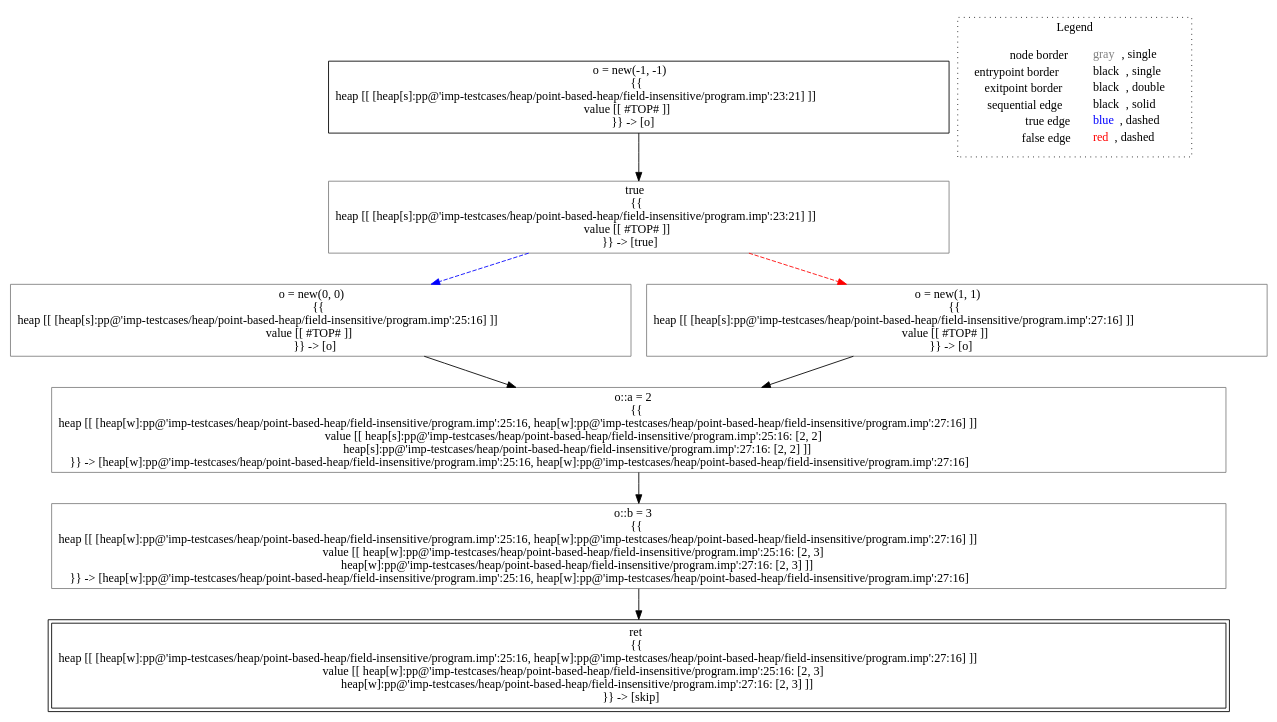
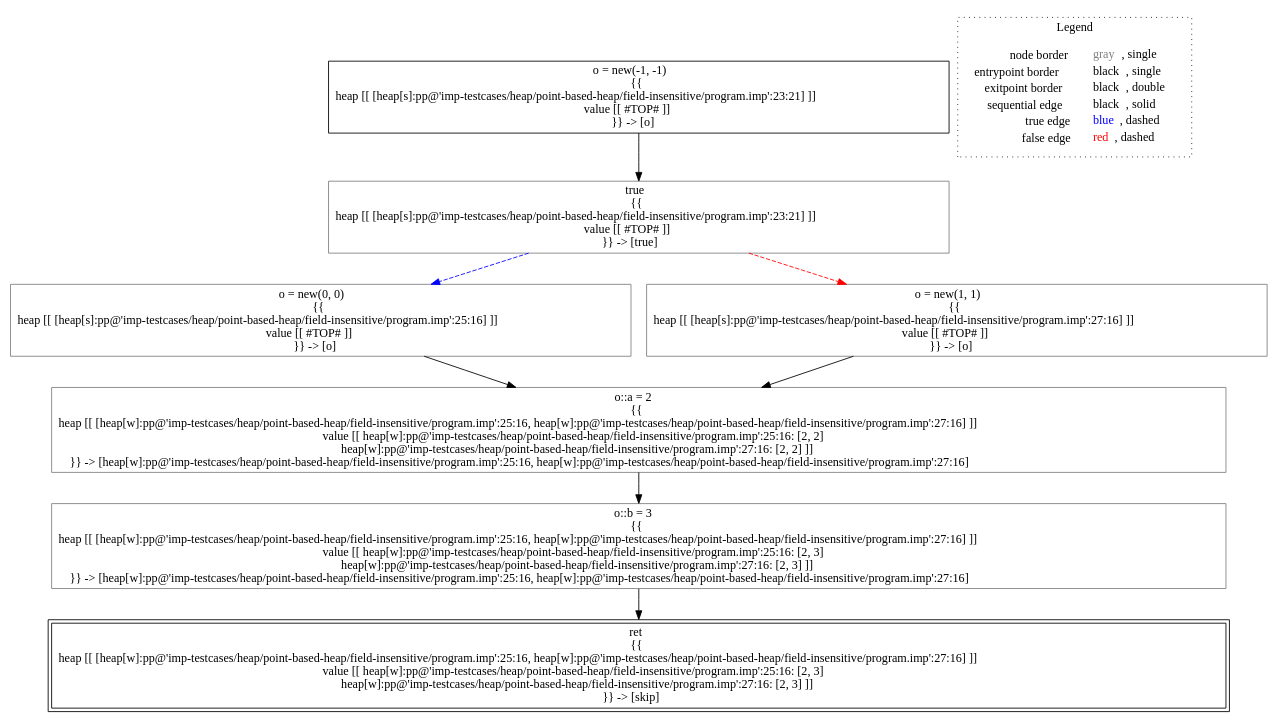
The diagram in lisa/imp-testcases/heap/point-based-heap/field-insensitive/analysis___untyped_A.f3(A_this).dot (lisa-analyzer/lisa), drawn with Graphviz before and after one commit. The commit also changed 29 other files, not shown here.

```diff
--- a/lisa/imp-testcases/heap/point-based-heap/field-insensitive/analysis___untyped_A.f3(A_this).dot
+++ b/lisa/imp-testcases/heap/point-based-heap/field-insensitive/analysis___untyped_A.f3(A_this).dot
@@ -1,23 +1,23 @@
 digraph {
 	"node0" [shape="rect",color="black",label=<o = new(-1, -1)<BR/>{{<BR/>heap [[ [heap[s]:pp@'imp-testcases/heap/point-based-heap/field-insensitive/program.imp':23:21] ]]<BR/>value [[ #TOP# ]]<BR/>}} -&gt; [o]>];
-	"node1" [shape="rect",color="black",peripheries="2",label=<ret<BR/>{{<BR/>heap [[ [heap[w]:pp@'imp-testcases/heap/point-based-heap/field-insensitive/program.imp':25:16, heap[w]:pp@'imp-testcases/heap/point-based-heap/field-insensitive/program.imp':27:16] ]]<BR/>value [[ heap[w]:pp@'imp-testcases/heap/point-based-heap/field-insensitive/program.imp':25:16: [2, 3]<BR/>heap[w]:pp@'imp-testcases/heap/point-based-heap/field-insensitive/program.imp':27:16: [2, 3] ]]<BR/>}} -&gt; [skip]>];
-	"node2" [shape="rect",color="gray",label=<o::a = 2<BR/>{{<BR/>heap [[ [heap[w]:pp@'imp-testcases/heap/point-based-heap/field-insensitive/program.imp':25:16, heap[w]:pp@'imp-testcases/heap/point-based-heap/field-insensitive/program.imp':27:16] ]]<BR/>value [[ heap[s]:pp@'imp-testcases/heap/point-based-heap/field-insensitive/program.imp':25:16: [2, 2]<BR/>heap[s]:pp@'imp-testcases/heap/point-based-heap/field-insensitive/program.imp':27:16: [2, 2] ]]<BR/>}} -&gt; [heap[w]:pp@'imp-testcases/heap/point-based-heap/field-insensitive/program.imp':25:16, heap[w]:pp@'imp-testcases/heap/point-based-heap/field-insensitive/program.imp':27:16]>];
-	"node3" [shape="rect",color="gray",label=<true<BR/>{{<BR/>heap [[ [heap[s]:pp@'imp-testcases/heap/point-based-heap/field-insensitive/program.imp':23:21] ]]<BR/>value [[ #TOP# ]]<BR/>}} -&gt; [true]>];
-	"node4" [shape="rect",color="gray",label=<o = new(0, 0)<BR/>{{<BR/>heap [[ [heap[s]:pp@'imp-testcases/heap/point-based-heap/field-insensitive/program.imp':25:16] ]]<BR/>value [[ #TOP# ]]<BR/>}} -&gt; [o]>];
-	"node5" [shape="rect",color="gray",label=<o = new(1, 1)<BR/>{{<BR/>heap [[ [heap[s]:pp@'imp-testcases/heap/point-based-heap/field-insensitive/program.imp':27:16] ]]<BR/>value [[ #TOP# ]]<BR/>}} -&gt; [o]>];
-	"node6" [shape="rect",color="gray",label=<o::b = 3<BR/>{{<BR/>heap [[ [heap[w]:pp@'imp-testcases/heap/point-based-heap/field-insensitive/program.imp':25:16, heap[w]:pp@'imp-testcases/heap/point-based-heap/field-insensitive/program.imp':27:16] ]]<BR/>value [[ heap[w]:pp@'imp-testcases/heap/point-based-heap/field-insensitive/program.imp':25:16: [2, 3]<BR/>heap[w]:pp@'imp-testcases/heap/point-based-heap/field-insensitive/program.imp':27:16: [2, 3] ]]<BR/>}} -&gt; [heap[w]:pp@'imp-testcases/heap/point-based-heap/field-insensitive/program.imp':25:16, heap[w]:pp@'imp-testcases/heap/point-based-heap/field-insensitive/program.imp':27:16]>];
-	"node2" -> "node6" [color="black"];
-	"node3" -> "node4" [color="blue",style="dashed"];
-	"node3" -> "node5" [color="red",style="dashed"];
-	"node4" -> "node2" [color="black"];
-	"node5" -> "node2" [color="black"];
-	"node0" -> "node3" [color="black"];
-	"node6" -> "node1" [color="black"];
+	"node1" [shape="rect",color="gray",label=<o = new(0, 0)<BR/>{{<BR/>heap [[ [heap[s]:pp@'imp-testcases/heap/point-based-heap/field-insensitive/program.imp':25:16] ]]<BR/>value [[ #TOP# ]]<BR/>}} -&gt; [o]>];
+	"node2" [shape="rect",color="gray",label=<o::a = 2<BR/>{{<BR/>heap [[ [heap[w]:pp@'imp-testcases/heap/point-based-heap/field-insensitive/program.imp':25:16, heap[w]:pp@'imp-testcases/heap/point-based-heap/field-insensitive/program.imp':27:16] ]]<BR/>value [[ heap[w]:pp@'imp-testcases/heap/point-based-heap/field-insensitive/program.imp':25:16: [2, 2]<BR/>heap[w]:pp@'imp-testcases/heap/point-based-heap/field-insensitive/program.imp':27:16: [2, 2] ]]<BR/>}} -&gt; [heap[w]:pp@'imp-testcases/heap/point-based-heap/field-insensitive/program.imp':25:16, heap[w]:pp@'imp-testcases/heap/point-based-heap/field-insensitive/program.imp':27:16]>];
+	"node3" [shape="rect",color="gray",label=<o = new(1, 1)<BR/>{{<BR/>heap [[ [heap[s]:pp@'imp-testcases/heap/point-based-heap/field-insensitive/program.imp':27:16] ]]<BR/>value [[ #TOP# ]]<BR/>}} -&gt; [o]>];
+	"node4" [shape="rect",color="gray",label=<true<BR/>{{<BR/>heap [[ [heap[s]:pp@'imp-testcases/heap/point-based-heap/field-insensitive/program.imp':23:21] ]]<BR/>value [[ #TOP# ]]<BR/>}} -&gt; [true]>];
+	"node5" [shape="rect",color="gray",label=<o::b = 3<BR/>{{<BR/>heap [[ [heap[w]:pp@'imp-testcases/heap/point-based-heap/field-insensitive/program.imp':25:16, heap[w]:pp@'imp-testcases/heap/point-based-heap/field-insensitive/program.imp':27:16] ]]<BR/>value [[ heap[w]:pp@'imp-testcases/heap/point-based-heap/field-insensitive/program.imp':25:16: [2, 3]<BR/>heap[w]:pp@'imp-testcases/heap/point-based-heap/field-insensitive/program.imp':27:16: [2, 3] ]]<BR/>}} -&gt; [heap[w]:pp@'imp-testcases/heap/point-based-heap/field-insensitive/program.imp':25:16, heap[w]:pp@'imp-testcases/heap/point-based-heap/field-insensitive/program.imp':27:16]>];
+	"node6" [shape="rect",color="black",peripheries="2",label=<ret<BR/>{{<BR/>heap [[ [heap[w]:pp@'imp-testcases/heap/point-based-heap/field-insensitive/program.imp':25:16, heap[w]:pp@'imp-testcases/heap/point-based-heap/field-insensitive/program.imp':27:16] ]]<BR/>value [[ heap[w]:pp@'imp-testcases/heap/point-based-heap/field-insensitive/program.imp':25:16: [2, 3]<BR/>heap[w]:pp@'imp-testcases/heap/point-based-heap/field-insensitive/program.imp':27:16: [2, 3] ]]<BR/>}} -&gt; [skip]>];
+	"node1" -> "node2" [color="black"];
+	"node2" -> "node5" [color="black"];
+	"node3" -> "node2" [color="black"];
+	"node4" -> "node1" [color="blue",style="dashed"];
+	"node4" -> "node3" [color="red",style="dashed"];
+	"node5" -> "node6" [color="black"];
+	"node0" -> "node4" [color="black"];
 subgraph cluster_legend {
 	label="Legend";
 	style=dotted;
 	node [shape=plaintext];
 	"legend" [label=<<table border="0" cellpadding="2" cellspacing="0" cellborder="0"><tr><td align="right">node border&nbsp;</td><td align="left"><font color="gray">gray</font>, single</td></tr><tr><td align="right">entrypoint border&nbsp;</td><td align="left"><font color="black">black</font>, single</td></tr><tr><td align="right">exitpoint border&nbsp;</td><td align="left"><font color="black">black</font>, double</td></tr><tr><td align="right">sequential edge&nbsp;</td><td align="left"><font color="black">black</font>, solid</td></tr><tr><td align="right">true edge&nbsp;</td><td align="left"><font color="blue">blue</font>, dashed</td></tr><tr><td align="right">false edge&nbsp;</td><td align="left"><font color="red">red</font>, dashed</td></tr></table>>];
 }
 
 }
```
